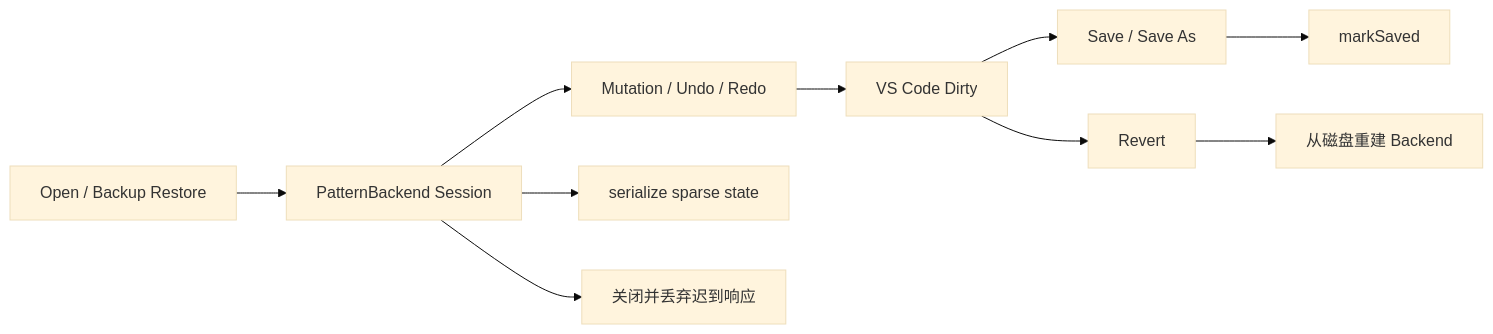
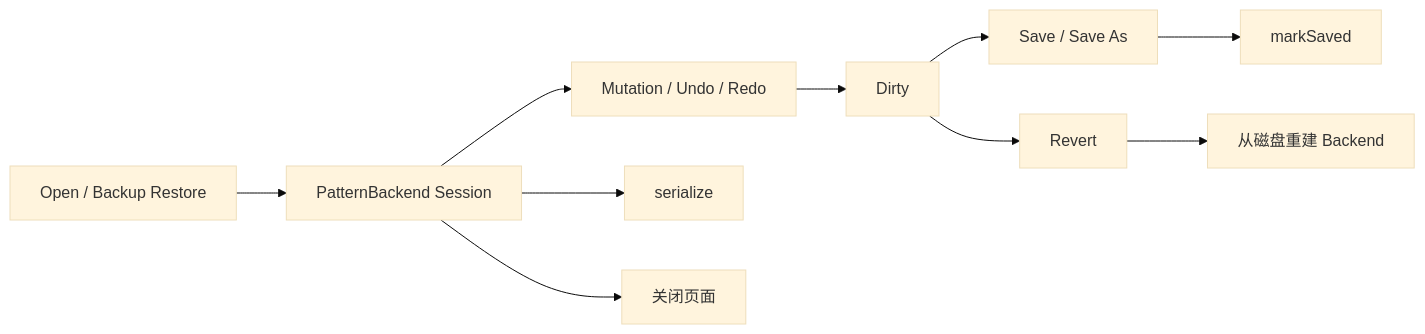
One commit to a306796405/huge-vtable changed the tenth of 12 diagrams in docs/v22-lite-markdown-technical-solution.md. Above: the diagram before and after it, drawn with Mermaid (base theme). The commit also changed other lines of this file and 2 other files, not shown here.

````diff
--- a/docs/v22-lite-markdown-technical-solution.md
+++ b/docs/v22-lite-markdown-technical-solution.md
@@ -384,12 +760,12 @@
 ```mermaid
 flowchart LR
     Open["Open / Backup Restore"] --> Session["PatternBackend Session"]
     Session --> Edit["Mutation / Undo / Redo"]
-    Edit --> Dirty["VS Code Dirty"]
+    Edit --> Dirty["Dirty"]
     Dirty --> Save["Save / Save As"]
     Save --> Baseline["markSaved"]
     Dirty --> Revert["Revert"]
     Revert --> Reopen["从磁盘重建 Backend"]
-    Session --> Backup["serialize sparse state"]
-    Session --> Dispose["关闭并丢弃迟到响应"]
+    Session --> Backup["serialize"]
+    Session --> Dispose["关闭页面"]
 ```
````
